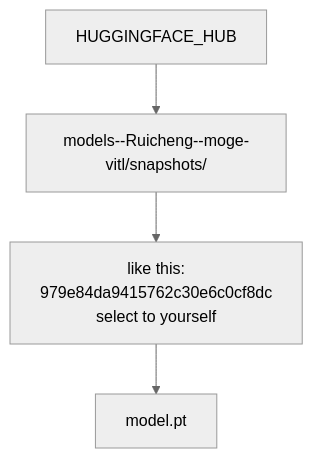
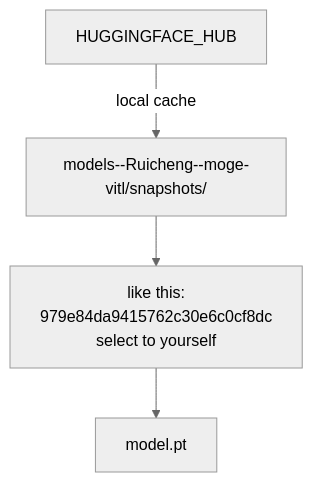
Before and after one commit to lapertme2/sam-3d-objects-win: the second of 4 diagrams in Model-Checkpoints-Graph.md, drawn with Mermaid (neutral theme). The commit also changed other lines of this file, not shown here.

Commit message:
modify loginc for moge

````diff
--- a/Model-Checkpoints-Graph.md
+++ b/Model-Checkpoints-Graph.md
@@ -33,8 +33,7 @@
 ```mermaid
 
 graph TD
-    A[HUGGINGFACE_HUB]-->B[models--Ruicheng--moge-vitl/snapshots/]
+    A[HUGGINGFACE_HUB]-->|local cache|B[models--Ruicheng--moge-vitl/snapshots/]
     B-->C[like this:<br>979e84da9415762c30e6c0cf8dc<br>select to yourself]
-    C-->D[model.pt]
-        
+    C-->D[model.pt]     
 ```
````
